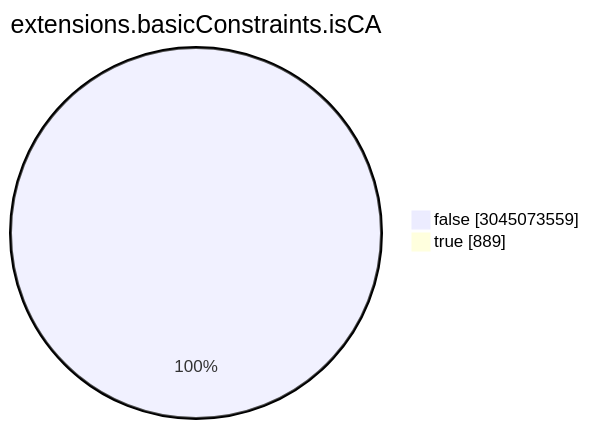
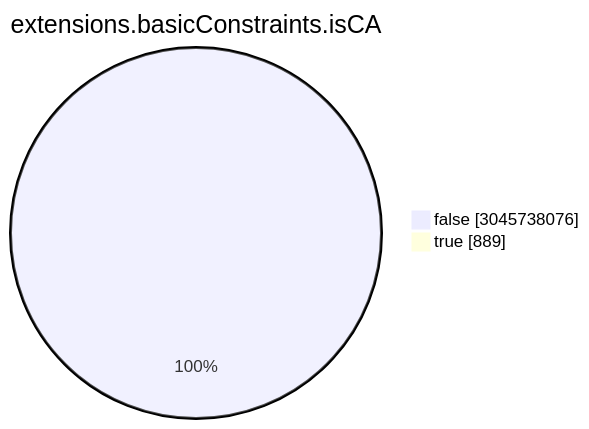
The seventh of 15 diagrams in TOTAL/README.md (christiankrug/ctmonitor_visualization), drawn with Mermaid before and after one commit. The commit also changed other lines of this file, not shown here.

````diff
--- a/TOTAL/README.md
+++ b/TOTAL/README.md
@@ -3088,6 +3088,6 @@
 ```mermaid
 pie showData
 title extensions.basicConstraints.isCA
-"false" :3045073559
+"false" :3045738076
 "true" :889
 ```
````
